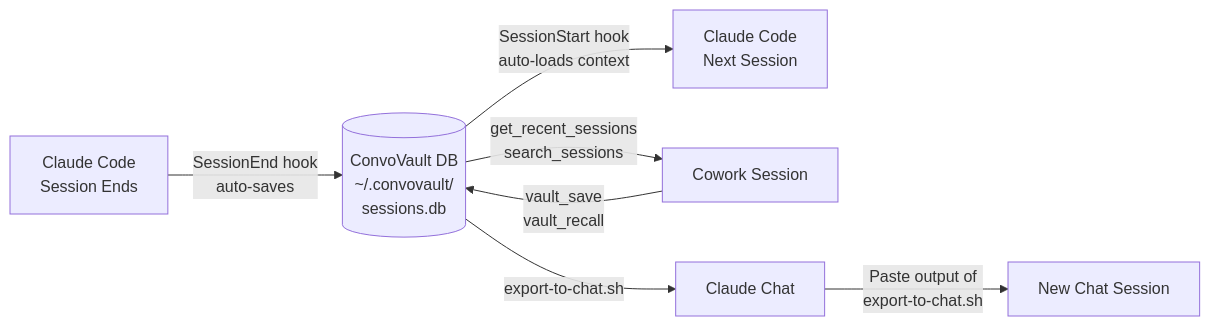
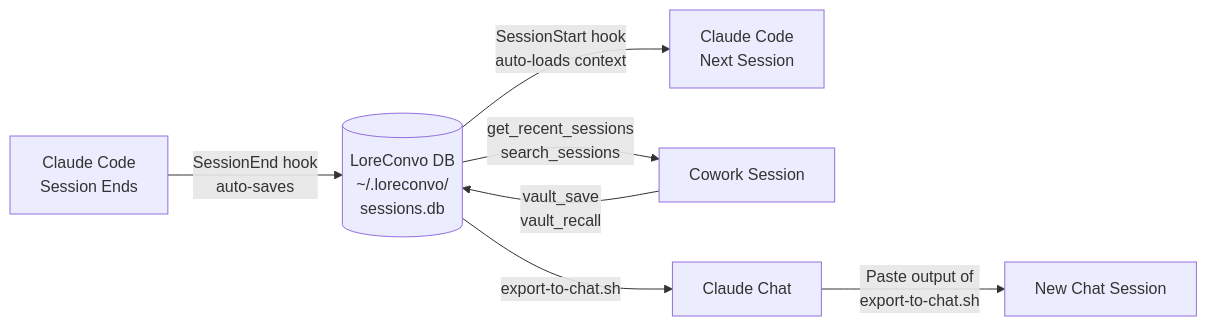
Before and after one commit to labyrinth-analytics/loreconvo: the diagram in ron_skills/loreconvo-plugin/README.md, drawn with Mermaid. The commit also changed other lines of this file and 63 other files, not shown here.

````diff
--- a/ron_skills/loreconvo-plugin/README.md
+++ b/ron_skills/loreconvo-plugin/README.md
@@ -46,11 +46,11 @@
 ```mermaid
 graph LR
-    A[Claude Code\nSession Ends] -->|SessionEnd hook\nauto-saves| B[(ConvoVault DB\n~/.convovault/\nsessions.db)]
+    A[Claude Code\nSession Ends] -->|SessionEnd hook\nauto-saves| B[(LoreConvo DB\n~/.loreconvo/\nsessions.db)]
     B -->|SessionStart hook\nauto-loads context| C[Claude Code\nNext Session]
 
     D[Cowork Session] -->|vault_save\nvault_recall| B
     B -->|get_recent_sessions\nsearch_sessions| D
 
     E[Claude Chat] -->|Paste output of\nexport-to-chat.sh| F[New Chat Session]
     B -->|export-to-chat.sh| E
 ```
````
